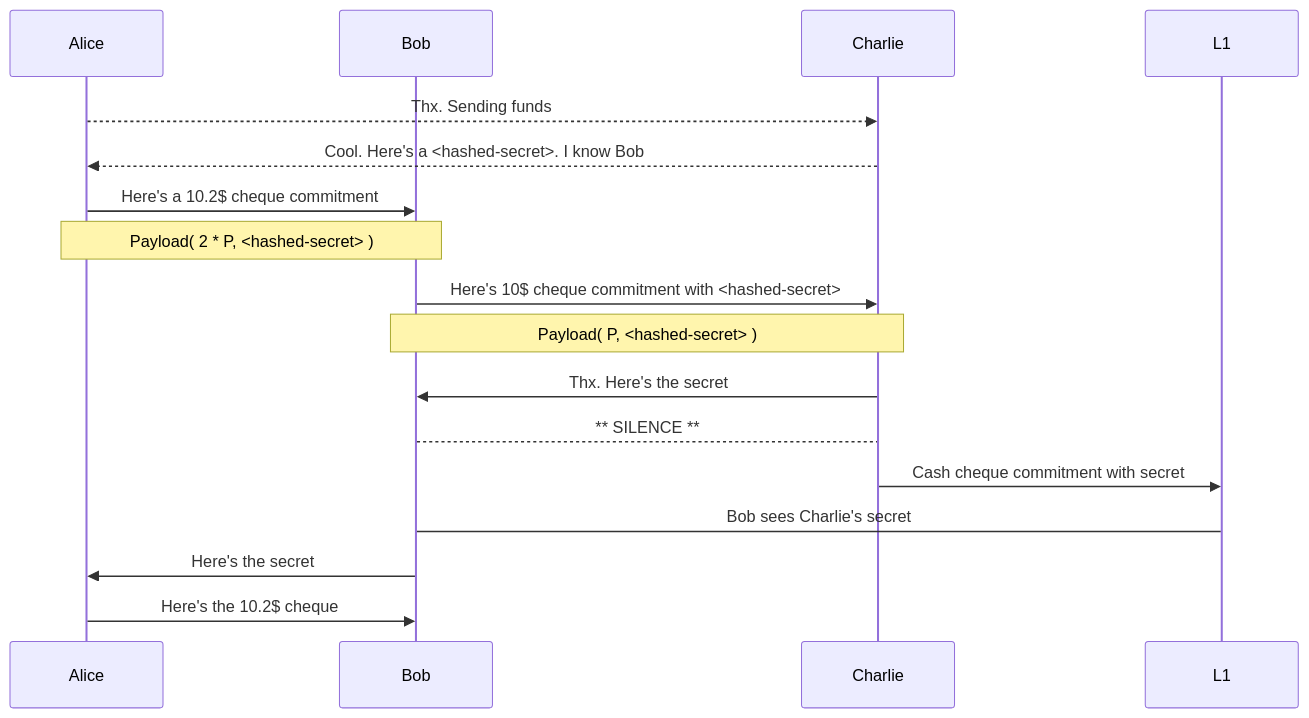
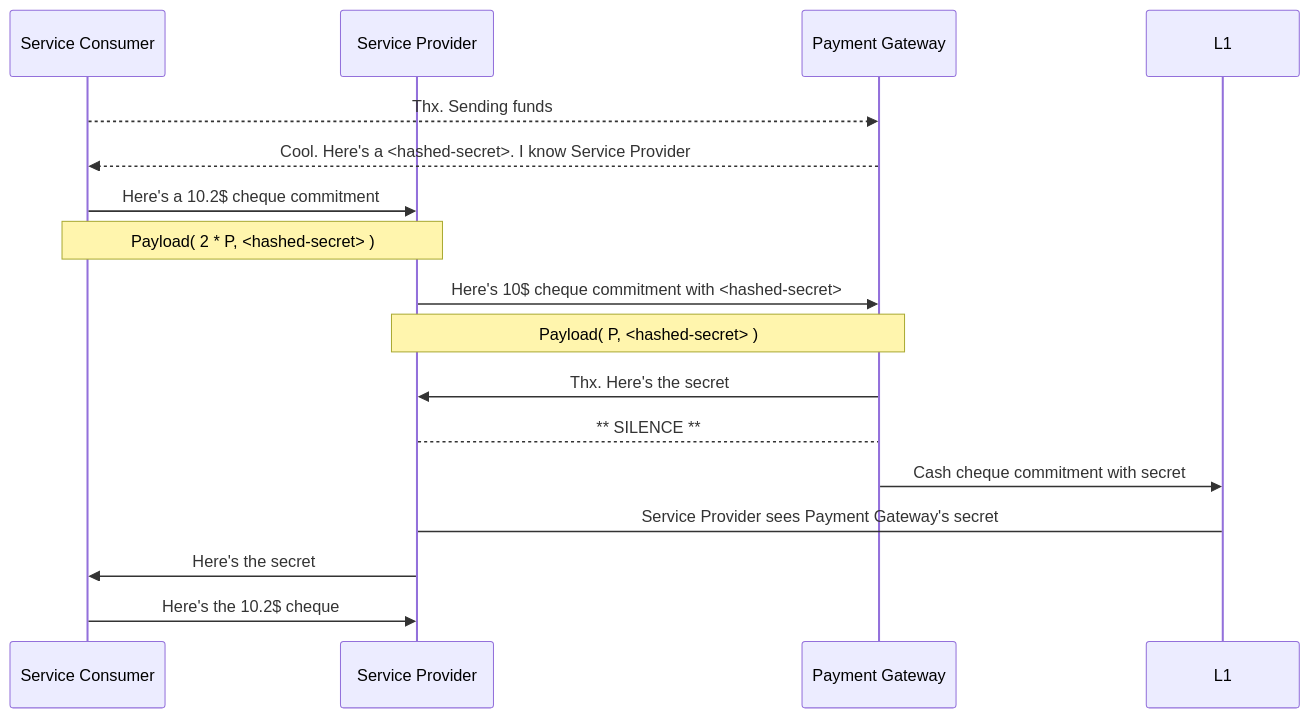
One commit to colll78/cardano-lightning changed the fourth of 4 diagrams in docs/design-notes.md. Above: the diagram before and after it, drawn with Mermaid. The commit also changed other lines of this file, not shown here.

````diff
--- a/docs/design-notes.md
+++ b/docs/design-notes.md
@@ -140,19 +140,19 @@
 ```mermaid
  sequenceDiagram
-  participant Alice
-  participant Bob
-  participant Charlie
+  participant Service Consumer
+  participant Service Provider
+  participant Payment Gateway
 
-  Alice-->>Charlie: Thx. Sending funds
-  Charlie-->>Alice: Cool. Here's a <hashed-secret>. I know Bob
-  Alice->>Bob: Here's a 10.2$ cheque commitment
-  Note over Alice,Bob: Payload( 2 * P, <hashed-secret> )
-  Bob->>Charlie: Here's 10$ cheque commitment with <hashed-secret>
-  Note over Bob,Charlie: Payload( P, <hashed-secret> )
-  Charlie->>Bob: Thx. Here's the secret
-  Bob-->Charlie: ** SILENCE **
-  Charlie->>L1: Cash cheque commitment with secret
-  Bob->L1: Bob sees Charlie's secret
-  Bob->>Alice: Here's the secret
-  Alice->>Bob: Here's the 10.2$ cheque
+  Service Consumer-->>Payment Gateway: Thx. Sending funds
+  Payment Gateway-->>Service Consumer: Cool. Here's a <hashed-secret>. I know Service Provider
+  Service Consumer->>Service Provider: Here's a 10.2$ cheque commitment
+  Note over Service Consumer,Service Provider: Payload( 2 * P, <hashed-secret> )
+  Service Provider->>Payment Gateway: Here's 10$ cheque commitment with <hashed-secret>
+  Note over Service Provider,Payment Gateway: Payload( P, <hashed-secret> )
+  Payment Gateway->>Service Provider: Thx. Here's the secret
+  Service Provider-->Payment Gateway: ** SILENCE **
+  Payment Gateway->>L1: Cash cheque commitment with secret
+  Service Provider->L1: Service Provider sees Payment Gateway's secret
+  Service Provider->>Service Consumer: Here's the secret
+  Service Consumer->>Service Provider: Here's the 10.2$ cheque
 ```
````
